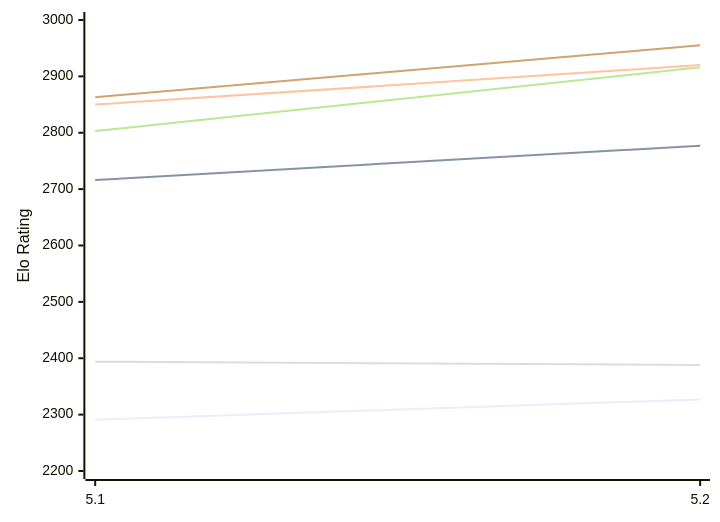
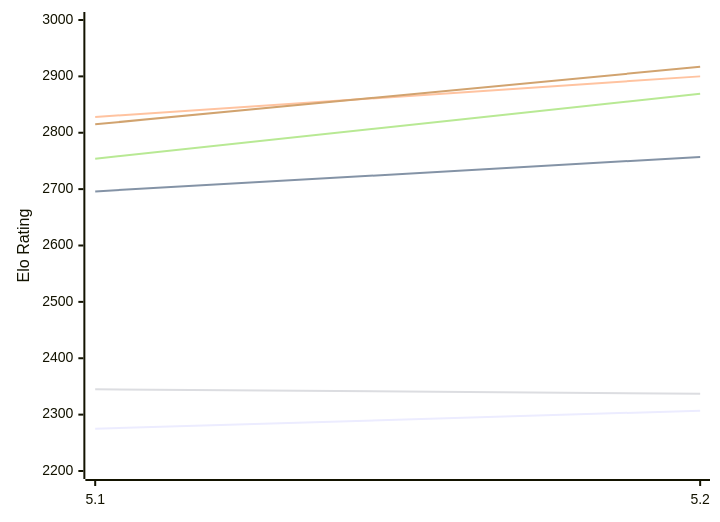
Before and after one commit to computer-chess-index/cci: the first of 2 diagrams in engines/Dorky.md, drawn with Mermaid. The commit also changed other lines of this file, not shown here.

Commit message:
Update CCI Ratings (ELO VLTC) - 2026-11-08

````diff
--- a/engines/Dorky.md
+++ b/engines/Dorky.md
@@ -50,12 +50,12 @@
 ```mermaid
 %%{init: {"theme":"base","themeVariables":{"seriesColors:['#a3a3a3','#222221','#faa371']}}}%%
 xychart-beta
   x-axis ["5.1", "5.2"]
   y-axis "Elo Rating" 2200 --> 3000
-  line "E1: STC (8.0+0.08s)" [2291, 2327]
-  line "E1: LTC (60.0+0.60s)" [2716, 2777]
-  line "E1: VLTC (2m24s+1.12s)" [2850, 2920]
-  line "P1: STC (8.0+0.08s)" [2394, 2388]
-  line "P1: LTC (60.0+0.60s)" [2803, 2916]
-  line "P1: VLTC (2m24s+1.12s)" [2863, 2955]
+  line "E1: STC (8.0+0.08s)" [2275, 2307]
+  line "E1: LTC (60.0+0.60s)" [2696, 2757]
+  line "E1: VLTC (2m24s+1.12s)" [2828, 2900]
+  line "P1: STC (8.0+0.08s)" [2345, 2337]
+  line "P1: LTC (60.0+0.60s)" [2754, 2869]
+  line "P1: VLTC (2m24s+1.12s)" [2815, 2917]
 ```
````
